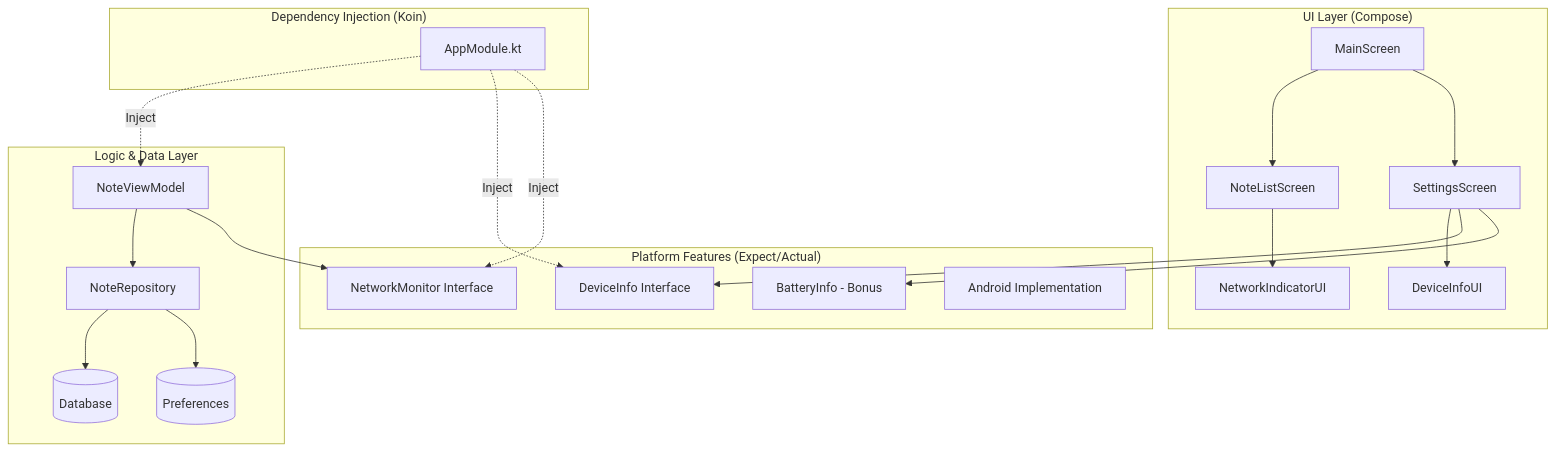
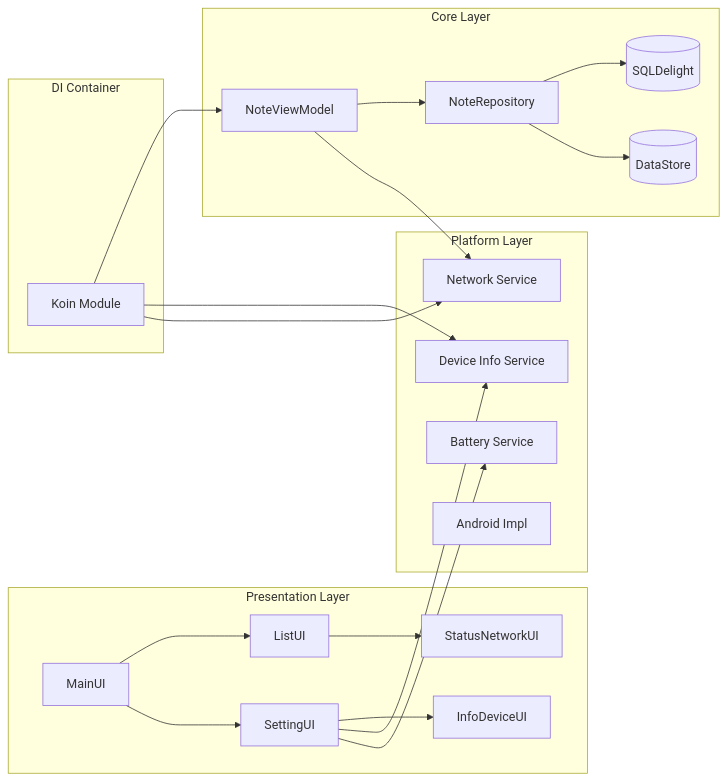
The diagram in NotesAppNavigationV3/README.md (EkaPutriAzhari13/2_123140028), drawn with Mermaid before and after one commit. The commit also changed other lines of this file, not shown here.

````diff
--- a/NotesAppNavigationV3/README.md
+++ b/NotesAppNavigationV3/README.md
@@ -11,35 +11,34 @@
 ```mermaid
-graph TD
-    subgraph "UI Layer (Compose)"
-        MainScreen --> NoteListScreen
-        MainScreen --> SettingsScreen
-        NoteListScreen --> NetworkIndicatorUI
-        SettingsScreen --> DeviceInfoUI
+graph LR
+    subgraph Presentation Layer
+        MainUI --> ListUI
+        MainUI --> SettingUI
+        ListUI --> StatusNetworkUI
+        SettingUI --> InfoDeviceUI
     end
 
-    subgraph "Dependency Injection (Koin)"
-        AppModule[AppModule.kt]
+    subgraph DI Container
+        KoinModule[Koin Module]
     end
 
-    subgraph "Logic & Data Layer"
-        NoteViewModel --> NoteRepository
-        NoteRepository --> SQLDelight[(Database)]
-        NoteRepository --> DataStore[(Preferences)]
+    subgraph Core Layer
+        VM[NoteViewModel] --> Repo[NoteRepository]
+        Repo --> DB[(SQLDelight)]
+        Repo --> Pref[(DataStore)]
     end
 
-    subgraph "Platform Features (Expect/Actual)"
-        DeviceInfo[DeviceInfo Interface]
-        NetworkMonitor[NetworkMonitor Interface]
-        BatteryInfo[BatteryInfo - Bonus]
-        
-        AndroidImpl[Android Implementation]
+    subgraph Platform Layer
+        DevInfo[Device Info Service]
+        NetCheck[Network Service]
+        Batt[Battery Service]
+        AndroidSide[Android Impl]
     end
 
-    AppModule -.-> |Inject| NoteViewModel
-    AppModule -.-> |Inject| DeviceInfo
-    AppModule -.-> |Inject| NetworkMonitor
-    
-    NoteViewModel --> NetworkMonitor
-    SettingsScreen --> DeviceInfo
-    SettingsScreen --> BatteryInfo
+    KoinModule --> VM
+    KoinModule --> DevInfo
+    KoinModule --> NetCheck
+
+    VM --> NetCheck
+    SettingUI --> DevInfo
+    SettingUI --> Batt
 ```
````
